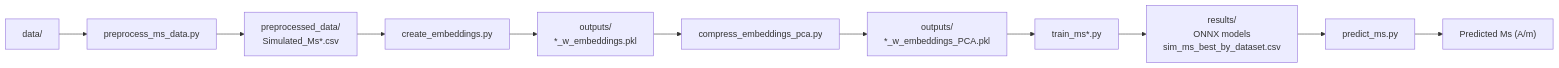
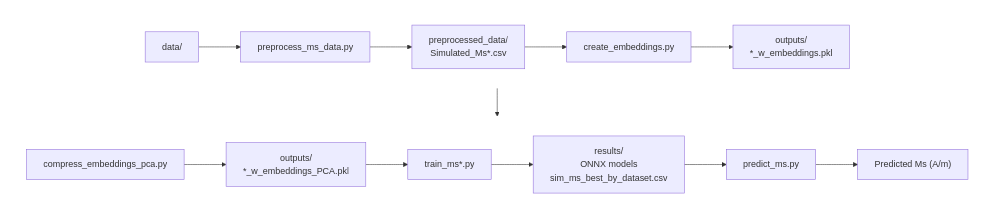
Before and after one commit to MaMMoS-project/ML-models: the diagram in compound-to-ms/compound-to-simulated-ms/README.md, drawn with Mermaid. The commit also changed other lines of this file, not shown here.

````diff
--- a/compound-to-ms/compound-to-simulated-ms/README.md
+++ b/compound-to-ms/compound-to-simulated-ms/README.md
@@ -42,16 +42,34 @@
 ```mermaid
-flowchart LR
+flowchart TB
+
+%% ===== Top row =====
+subgraph top[" "]
+direction LR
     A["data/<raw sources>"]
     B["preprocess_ms_data.py"]
     C["preprocessed_data/<br/>Simulated_Ms*.csv"]
     D["create_embeddings.py"]
     E["outputs/<br/>*_w_embeddings.pkl"]
+
+    A --> B --> C --> D --> E
+end
+
+%% Vertical connection
+E --> F
+
+%% ===== Bottom row =====
+subgraph bottom[" "]
+direction LR
     F["compress_embeddings_pca.py"]
     G["outputs/<br/>*_w_embeddings_PCA.pkl"]
     H["train_ms*.py"]
     I["results/<br/>ONNX models<br/>sim_ms_best_by_dataset.csv"]
     J["predict_ms.py"]
     K["Predicted Ms (A/m)"]
 
-    A --> B --> C --> D --> E --> F --> G --> H --> I --> J --> K
+    F --> G --> H --> I --> J --> K
+end
+
+style top fill:none,stroke:none
+style bottom fill:none,stroke:none
 ```
````
